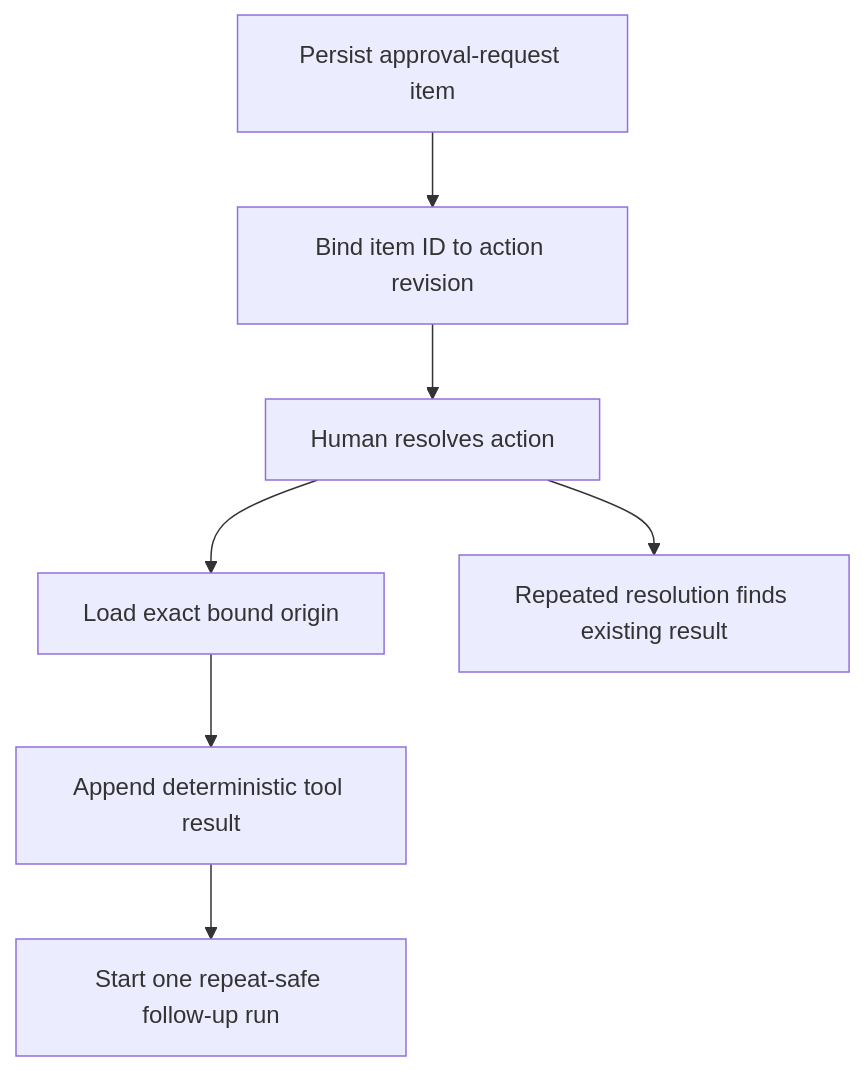
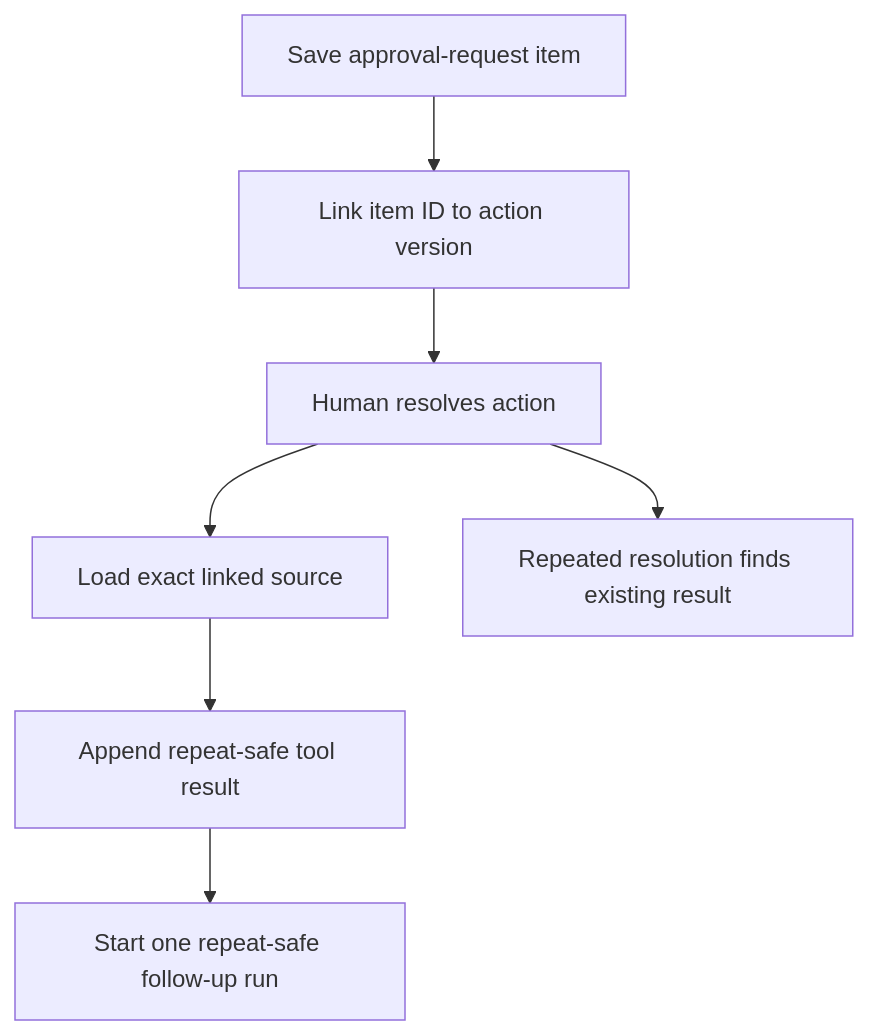
One commit to kpsuperplane/Noema changed the eighth of 29 diagrams in docs/superpowers/plans/2026-08-08-noema-practical-reliability-roadmap.md. Above: the diagram before and after it, drawn with Mermaid. The commit also changed other lines of this file, not shown here.

Commit message:
docs: apply plain terms across roadmap

````diff
--- a/docs/superpowers/plans/2026-08-08-noema-practical-reliability-roadmap.md
+++ b/docs/superpowers/plans/2026-08-08-noema-practical-reliability-roadmap.md
@@ -618,13 +628,13 @@
 ```mermaid
 flowchart TD
-    A["Persist approval-request item"]
-    B["Bind item ID to action revision"]
+    A["Save approval-request item"]
+    B["Link item ID to action version"]
     C["Human resolves action"]
-    D["Load exact bound origin"]
-    E["Append deterministic tool result"]
+    D["Load exact linked source"]
+    E["Append repeat-safe tool result"]
     F["Start one repeat-safe follow-up run"]
     G["Repeated resolution finds existing result"]
 
     A --> B --> C --> D --> E --> F
     C --> G
 ```
````
